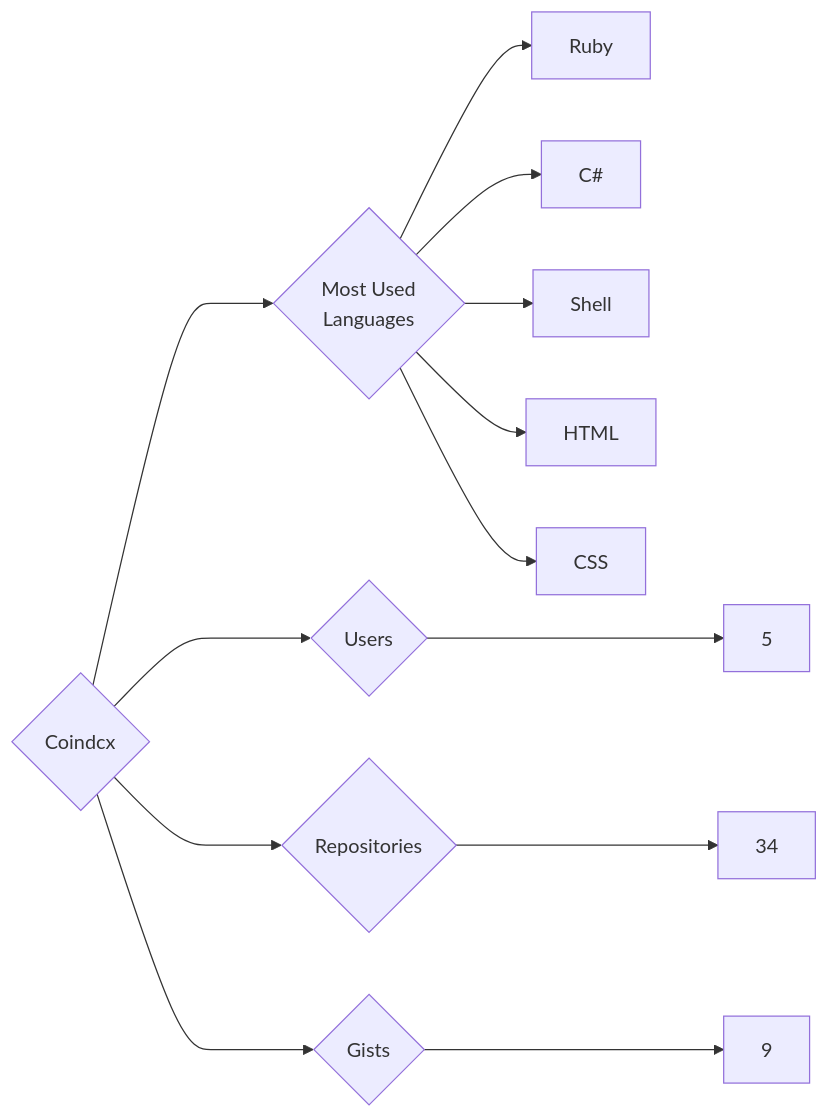
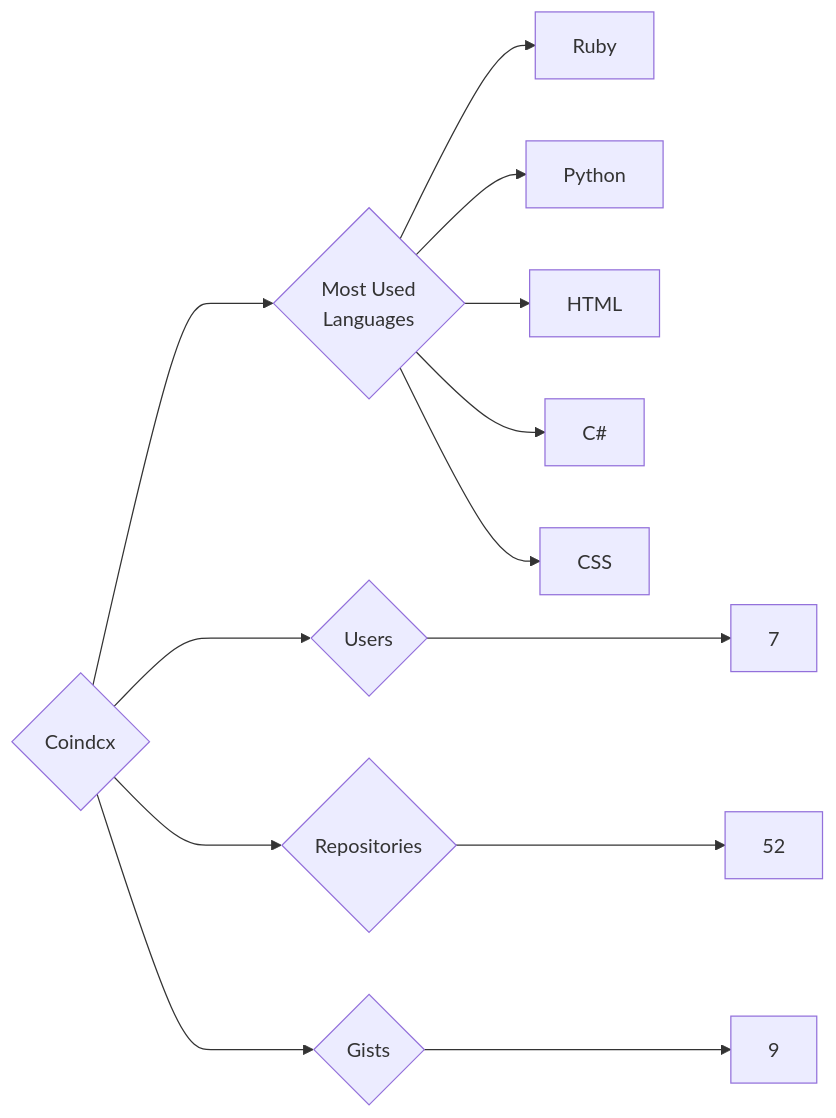
The diagram in targets/Coindcx/README.md (trickest/insiders), drawn with Mermaid before and after one commit. The commit also changed 776 other files, not shown here.

````diff
--- a/targets/Coindcx/README.md
+++ b/targets/Coindcx/README.md
@@ -3,13 +3,13 @@
 ```mermaid
 graph LR
 COMPANY_NAME{Coindcx}
-COMPANY_NAME ---> U{Users} ---> UN[5]
-COMPANY_NAME ---> R{Repositories} ---> RN[34]
+COMPANY_NAME ---> U{Users} ---> UN[7]
+COMPANY_NAME ---> R{Repositories} ---> RN[52]
 COMPANY_NAME ---> G{Gists} ---> GN[9]
 COMPANY_NAME ---> ML{Most Used<br>Languages}
 ML --> Ruby[Ruby]
+ML --> Python[Python]
+ML --> HTML[HTML]
 ML --> C#[C#]
-ML --> Shell[Shell]
-ML --> HTML[HTML]
 ML --> CSS[CSS]
 ```
````
